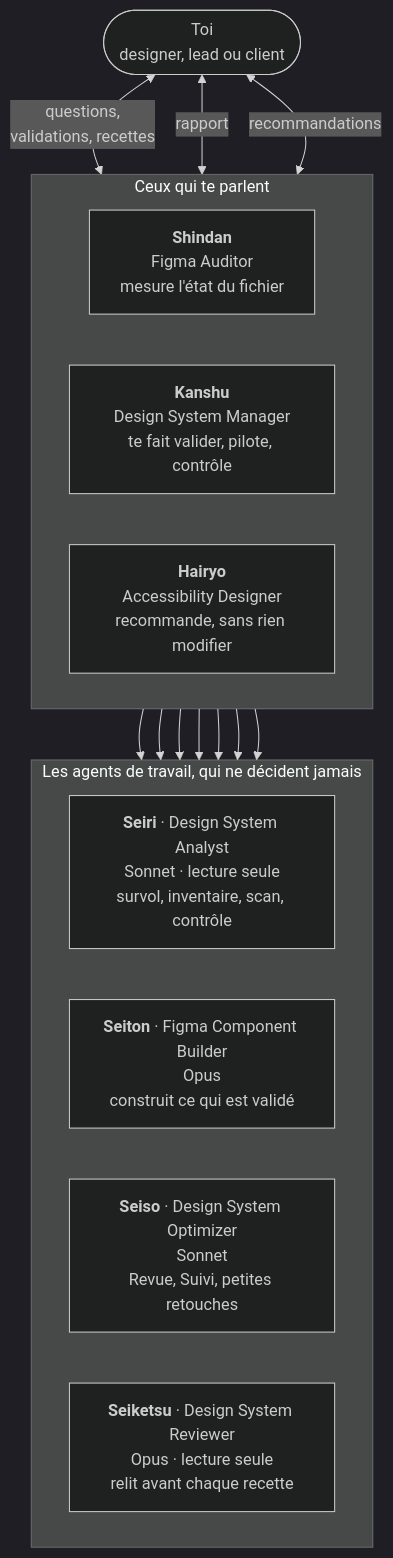
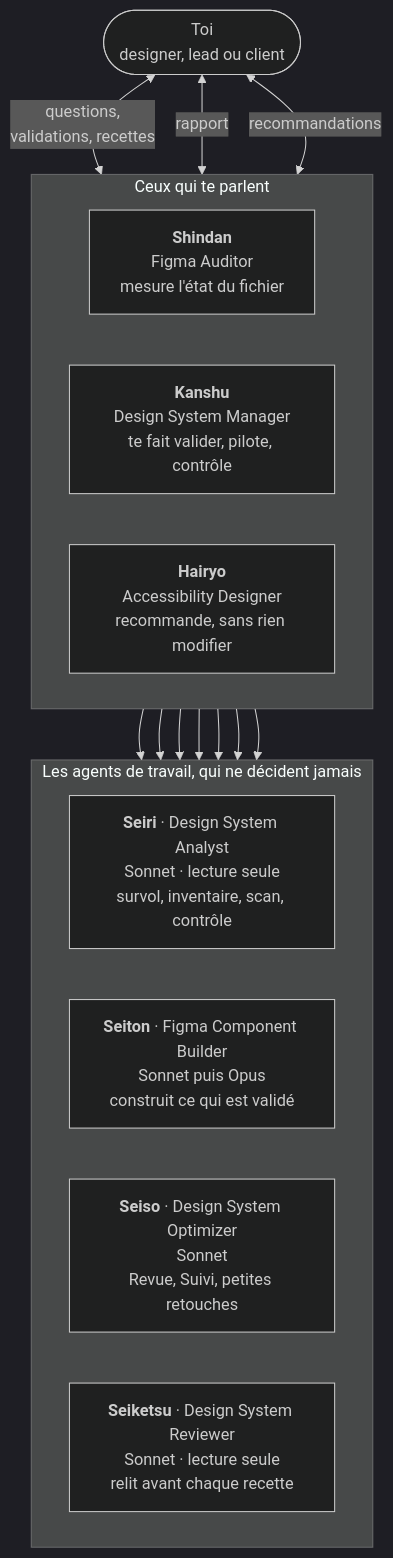
Before and after one commit to KatiroDesignStudio/figma-ui-kit: the first of 4 diagrams in docs/fonctionnement.md, drawn with Mermaid (dark theme). The commit also changed 25 other files, not shown here.

````diff
--- a/docs/fonctionnement.md
+++ b/docs/fonctionnement.md
@@ -9,30 +9,30 @@
 ```mermaid
 flowchart TB
     U(["Toi<br/>designer, lead ou client"])
 
     subgraph managers["Ceux qui te parlent"]
         direction LR
         SH["<b>Shindan</b><br/>Figma Auditor<br/>mesure l'état du fichier"]
         K["<b>Kanshu</b><br/>Design System Manager<br/>te fait valider, pilote, contrôle"]
         HA["<b>Hairyo</b><br/>Accessibility Designer<br/>recommande, sans rien modifier"]
     end
 
     subgraph equipe["Les agents de travail, qui ne décident jamais"]
         direction LR
         SI["<b>Seiri</b> · Design System Analyst<br/>Sonnet · lecture seule<br/>survol, inventaire, scan, contrôle"]
-        ST["<b>Seiton</b> · Figma Component Builder<br/>Opus<br/>construit ce qui est validé"]
+        ST["<b>Seiton</b> · Figma Component Builder<br/>Sonnet puis Opus<br/>construit ce qui est validé"]
         SO["<b>Seiso</b> · Design System Optimizer<br/>Sonnet<br/>Revue, Suivi, petites retouches"]
-        SK["<b>Seiketsu</b> · Design System Reviewer<br/>Opus · lecture seule<br/>relit avant chaque recette"]
+        SK["<b>Seiketsu</b> · Design System Reviewer<br/>Sonnet · lecture seule<br/>relit avant chaque recette"]
     end
 
     U <-->|"questions,<br/>validations, recettes"| K
     U <-->|"rapport"| SH
     U <-->|"recommandations"| HA
     K --> SI
     K --> ST
     K --> SO
     K --> SK
     SH --> SI
     HA --> SI
     HA --> SO
 ```
````
